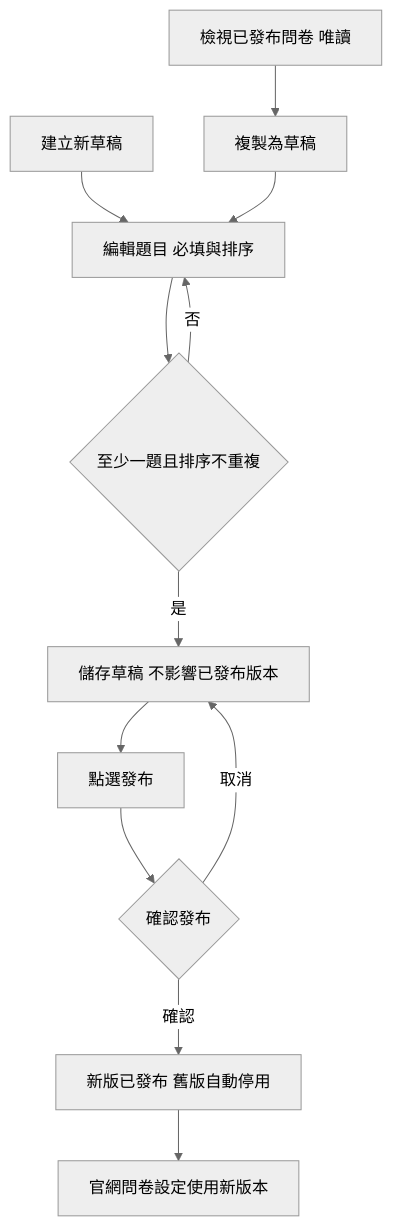
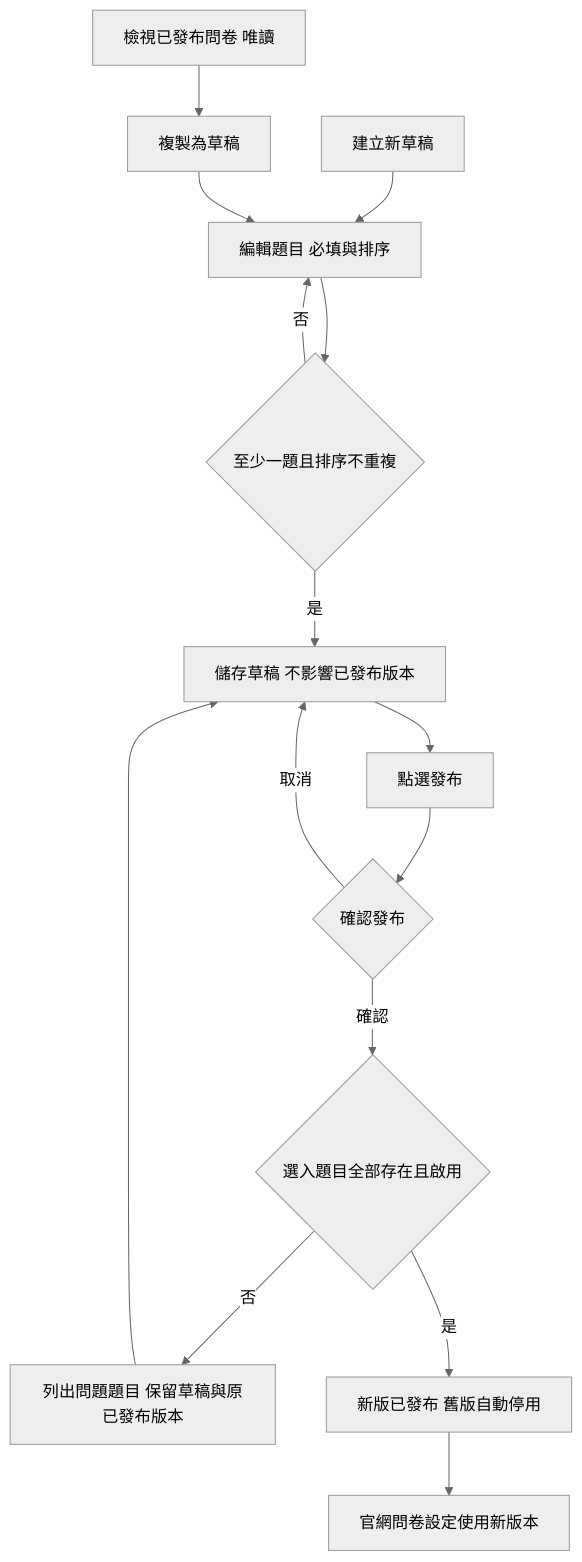
Before and after one commit to Joy-Dash/pet-nutri-flow: the third of 7 diagrams in specs/TP-RAG_工程師實作規格_20261030.md, drawn with Mermaid (neutral theme). The commit also changed other lines of this file and 13 other files, not shown here.

````diff
--- a/specs/TP-RAG_工程師實作規格_20261030.md
+++ b/specs/TP-RAG_工程師實作規格_20261030.md
@@ -499,14 +588,17 @@
 ```mermaid
 flowchart TD
   A[檢視已發布問卷 唯讀] --> B[複製為草稿]
   C[建立新草稿] --> D[編輯題目 必填與排序]
   B --> D
   D --> E{至少一題且排序不重複}
   E -->|否| D
   E -->|是| F[儲存草稿 不影響已發布版本]
   F --> G[點選發布]
   G --> H{確認發布}
   H -->|取消| F
-  H -->|確認| I[新版已發布 舊版自動停用]
+  H -->|確認| K{選入題目全部存在且啟用}
+  K -->|否| L[列出問題題目 保留草稿與原已發布版本]
+  L --> F
+  K -->|是| I[新版已發布 舊版自動停用]
   I --> J[官網問卷設定使用新版本]
 ```
````
